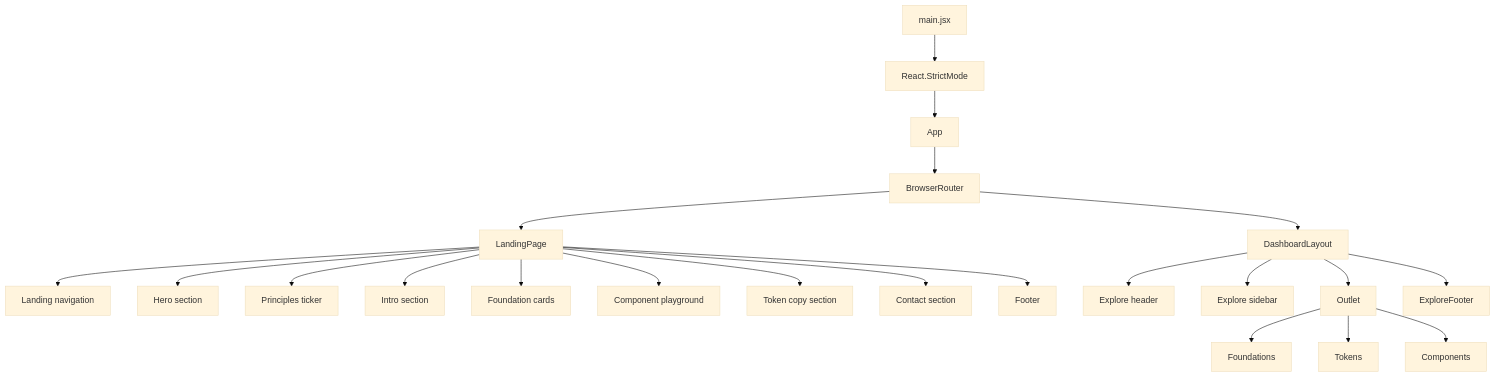
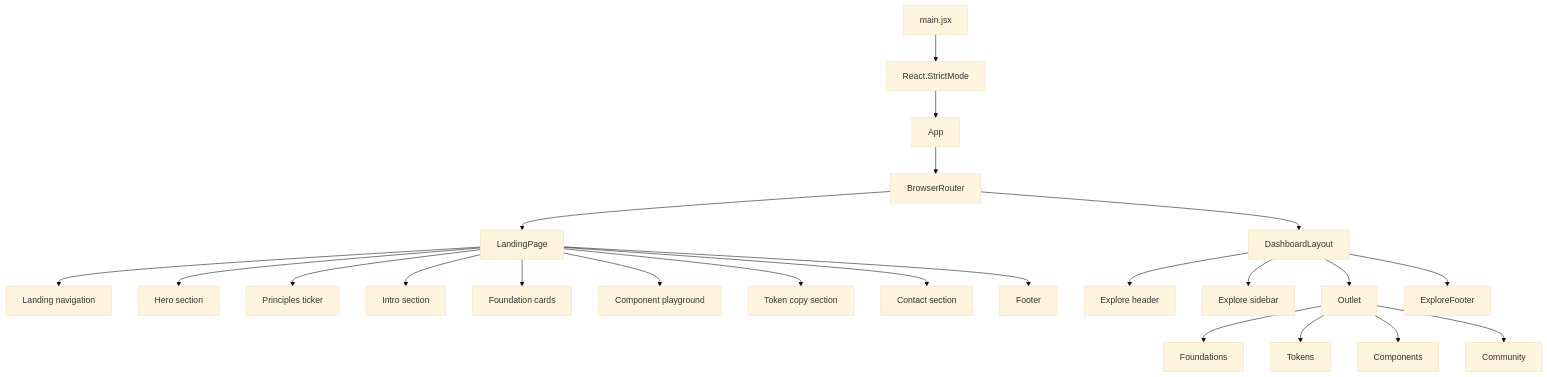
Before and after one commit to breeze-sn/Atria: the second of 3 diagrams in docs/architecture/component-architecture.md, drawn with Mermaid (base theme). The commit also changed other lines of this file and 31 other files, not shown here.

````diff
--- a/docs/architecture/component-architecture.md
+++ b/docs/architecture/component-architecture.md
@@ -33,24 +33,25 @@
 ```mermaid
 flowchart TD
   Root[main.jsx] --> Strict[React.StrictMode]
   Strict --> App[App]
   App --> Router[BrowserRouter]
   Router --> Landing[LandingPage]
   Router --> Layout[DashboardLayout]
   Landing --> Nav[Landing navigation]
   Landing --> Hero[Hero section]
   Landing --> Ticker[Principles ticker]
   Landing --> Intro[Intro section]
   Landing --> Foundations[Foundation cards]
   Landing --> Playground[Component playground]
   Landing --> TokenStrip[Token copy section]
   Landing --> Contact[Contact section]
   Landing --> LandingFooter[Footer]
   Layout --> ExploreHeader[Explore header]
   Layout --> Sidebar[Explore sidebar]
   Layout --> Outlet[Outlet]
   Layout --> ExploreFooter[ExploreFooter]
   Outlet --> FoundationsPage[Foundations]
   Outlet --> TokensPage[Tokens]
   Outlet --> ComponentsPage[Components]
+  Outlet --> CommunityPage[Community]
 ```
````
